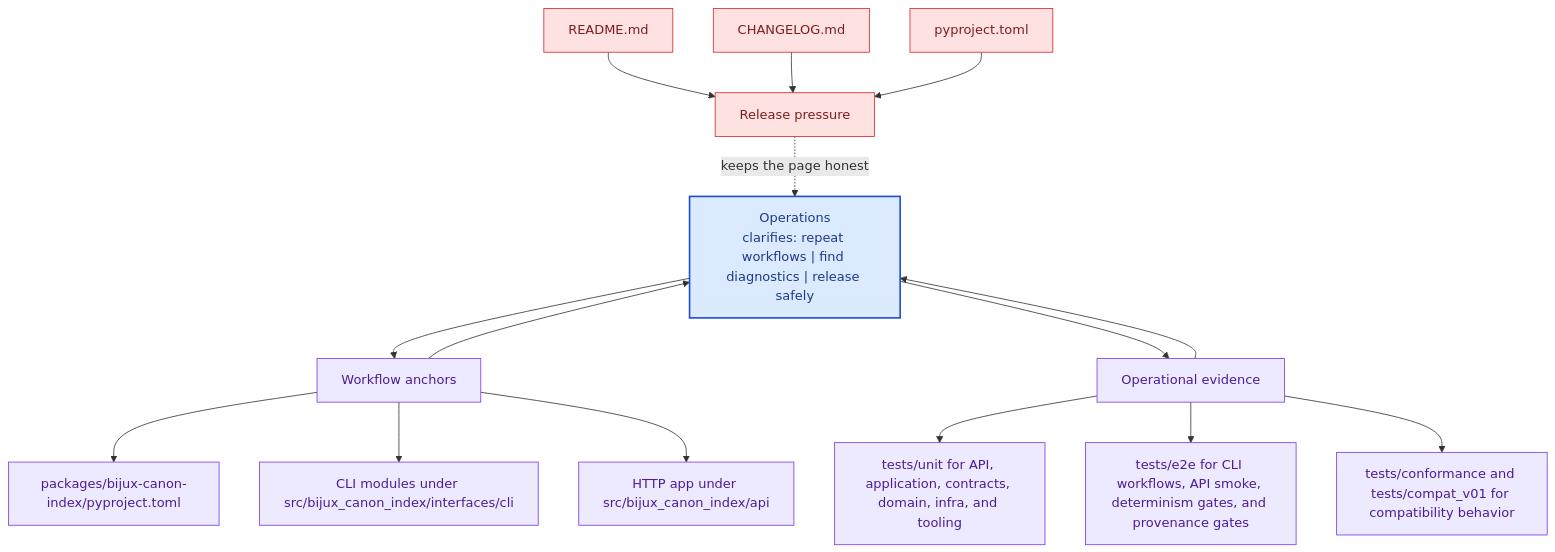
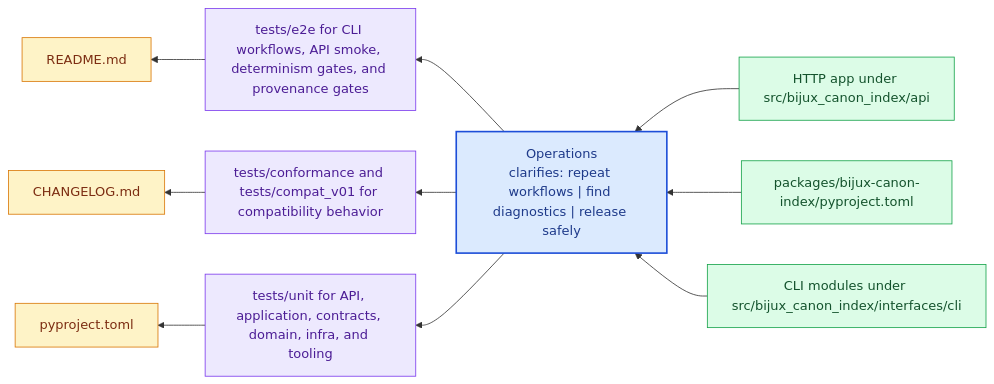
The diagram in docs/bijux-canon-index/operations/index.md (bijux/bijux-canon), drawn with Mermaid before and after one commit. The commit also changed other lines of this file and 281 other files, not shown here.

Commit message:
docs(diagrams): replace repeated mermaid scaffolds with page-specific summaries

````diff
--- a/docs/bijux-canon-index/operations/index.md
+++ b/docs/bijux-canon-index/operations/index.md
@@ -65,41 +20,31 @@
 ```mermaid
-flowchart TB
-    promise["Operations<br/>clarifies: repeat workflows | find diagnostics | release safely"]
-    classDef promise fill:#dbeafe,stroke:#1d4ed8,color:#1e3a8a,stroke-width:2px;
-    classDef driver fill:#dcfce7,stroke:#16a34a,color:#14532d;
-    classDef constraint fill:#fee2e2,stroke:#dc2626,color:#7f1d1d;
-    classDef ground fill:#ede9fe,stroke:#7c3aed,color:#4c1d95;
-    focus1["Workflow anchors"]
-    focus1 --> promise
-    promise --> focus1
-    focus1_1["packages/bijux-canon-index/pyproject.toml"]
-    focus1 --> focus1_1
-    focus1_2["CLI modules under src/bijux_canon_index/interfaces/cli"]
-    focus1 --> focus1_2
-    focus1_3["HTTP app under src/bijux_canon_index/api"]
-    focus1 --> focus1_3
-    class focus1 ground;
-    class focus1_1,focus1_2,focus1_3 ground;
-    focus2["Operational evidence"]
-    focus2 --> promise
-    promise --> focus2
-    focus2_1["tests/unit for API, application, contracts, domain, infra, and tooling"]
-    focus2 --> focus2_1
-    focus2_2["tests/e2e for CLI workflows, API smoke, determinism gates, and provenance gates"]
-    focus2 --> focus2_2
-    focus2_3["tests/conformance and tests/compat_v01 for compatibility behavior"]
-    focus2 --> focus2_3
-    class focus2 ground;
-    class focus2_1,focus2_2,focus2_3 ground;
-    focus3["Release pressure"]
-    focus3 -.keeps the page honest.-> promise
-    focus3_1["README.md"]
-    focus3_1 --> focus3
-    focus3_2["CHANGELOG.md"]
-    focus3_2 --> focus3
-    focus3_3["pyproject.toml"]
-    focus3_3 --> focus3
-    class focus3 constraint;
-    class focus3_1,focus3_2,focus3_3 constraint;
-    class promise promise;
+flowchart RL
+    page["Operations<br/>clarifies: repeat workflows | find diagnostics | release safely"]
+    classDef page fill:#dbeafe,stroke:#1d4ed8,color:#1e3a8a,stroke-width:2px;
+    classDef positive fill:#dcfce7,stroke:#16a34a,color:#14532d;
+    classDef caution fill:#fee2e2,stroke:#dc2626,color:#7f1d1d;
+    classDef anchor fill:#ede9fe,stroke:#7c3aed,color:#4c1d95;
+    classDef action fill:#fef3c7,stroke:#d97706,color:#7c2d12;
+    step1["HTTP app under src/bijux_canon_index/api"]
+    step1 --> page
+    step2["packages/bijux-canon-index/pyproject.toml"]
+    step2 --> page
+    step3["CLI modules under src/bijux_canon_index/interfaces/cli"]
+    step3 --> page
+    run1["tests/e2e for CLI workflows, API smoke, determinism gates, and provenance gates"]
+    page --> run1
+    run2["tests/conformance and tests/compat_v01 for compatibility behavior"]
+    page --> run2
+    run3["tests/unit for API, application, contracts, domain, infra, and tooling"]
+    page --> run3
+    release1["README.md"]
+    run1 --> release1
+    release2["CHANGELOG.md"]
+    run2 --> release2
+    release3["pyproject.toml"]
+    run3 --> release3
+    class page page;
+    class step1,step2,step3 positive;
+    class run1,run2,run3 anchor;
+    class release1,release2,release3 action;
 ```
````
